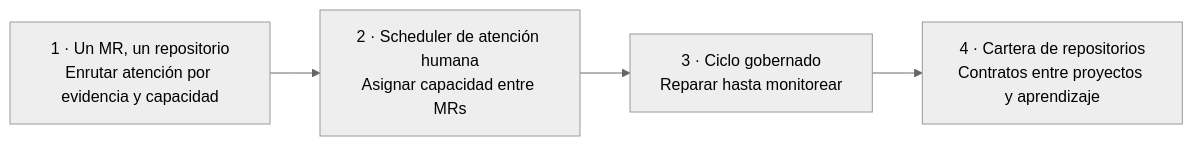
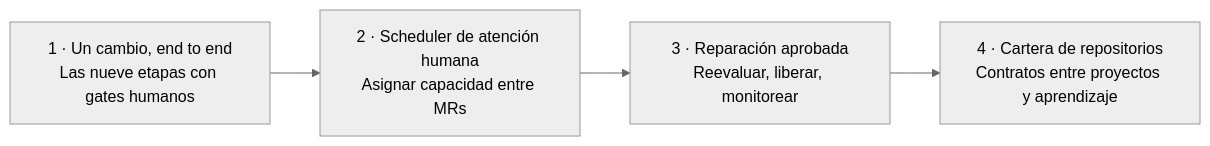
Before and after one commit to annatchijova/to-build-a-fire: the fifth of 5 diagrams in README.es.md, drawn with Mermaid (neutral theme). The commit also changed other lines of this file and 5 other files, not shown here.

````diff
--- a/README.es.md
+++ b/README.es.md
@@ -161,8 +163,8 @@
 ```mermaid
 flowchart LR
-    L1[1 · Un MR, un repositorio<br/>Enrutar atención por evidencia y capacidad]
+    L1[1 · Un cambio, end to end<br/>Las nueve etapas con gates humanos]
     L2[2 · Scheduler de atención humana<br/>Asignar capacidad entre MRs]
-    L3[3 · Ciclo gobernado<br/>Reparar hasta monitorear]
+    L3[3 · Reparación aprobada<br/>Reevaluar, liberar, monitorear]
     L4[4 · Cartera de repositorios<br/>Contratos entre proyectos y aprendizaje]
     L1 --> L2 --> L3 --> L4
 ```
````
